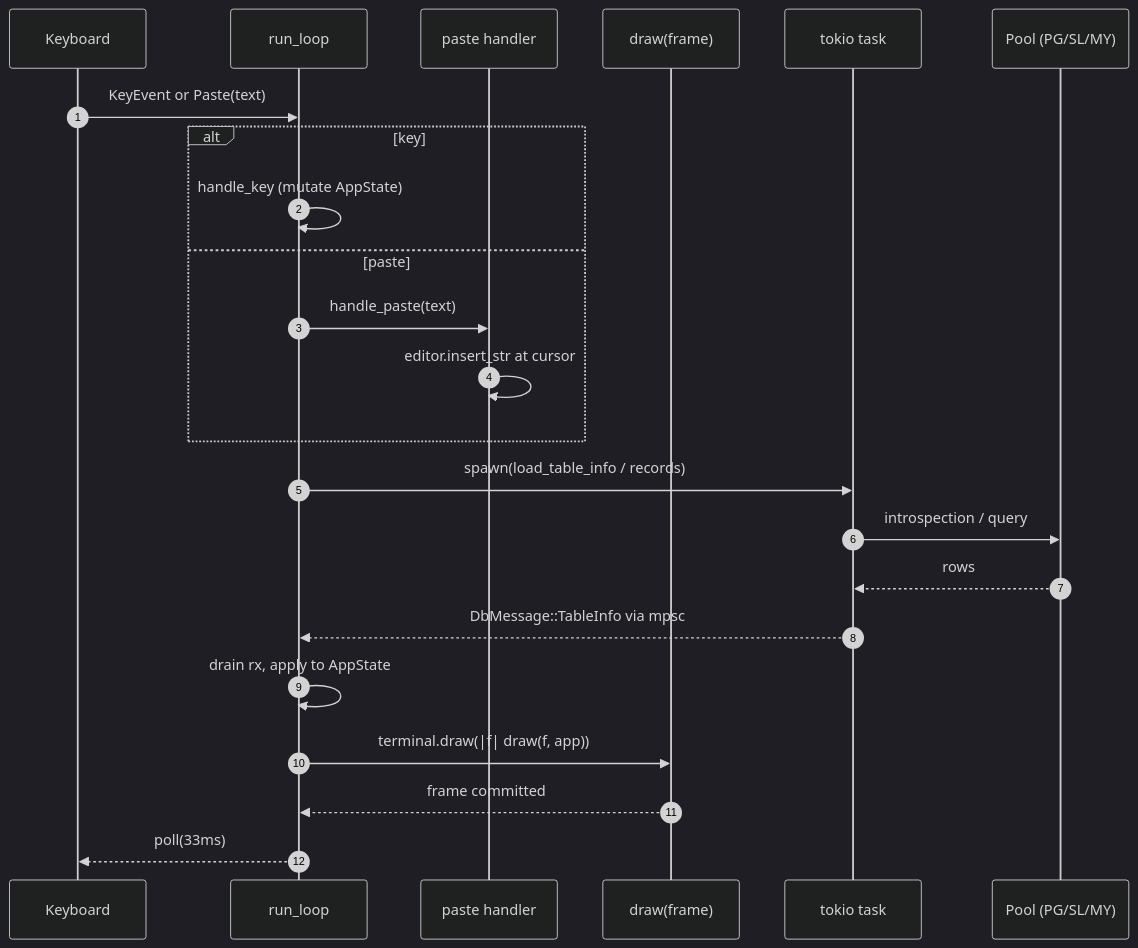
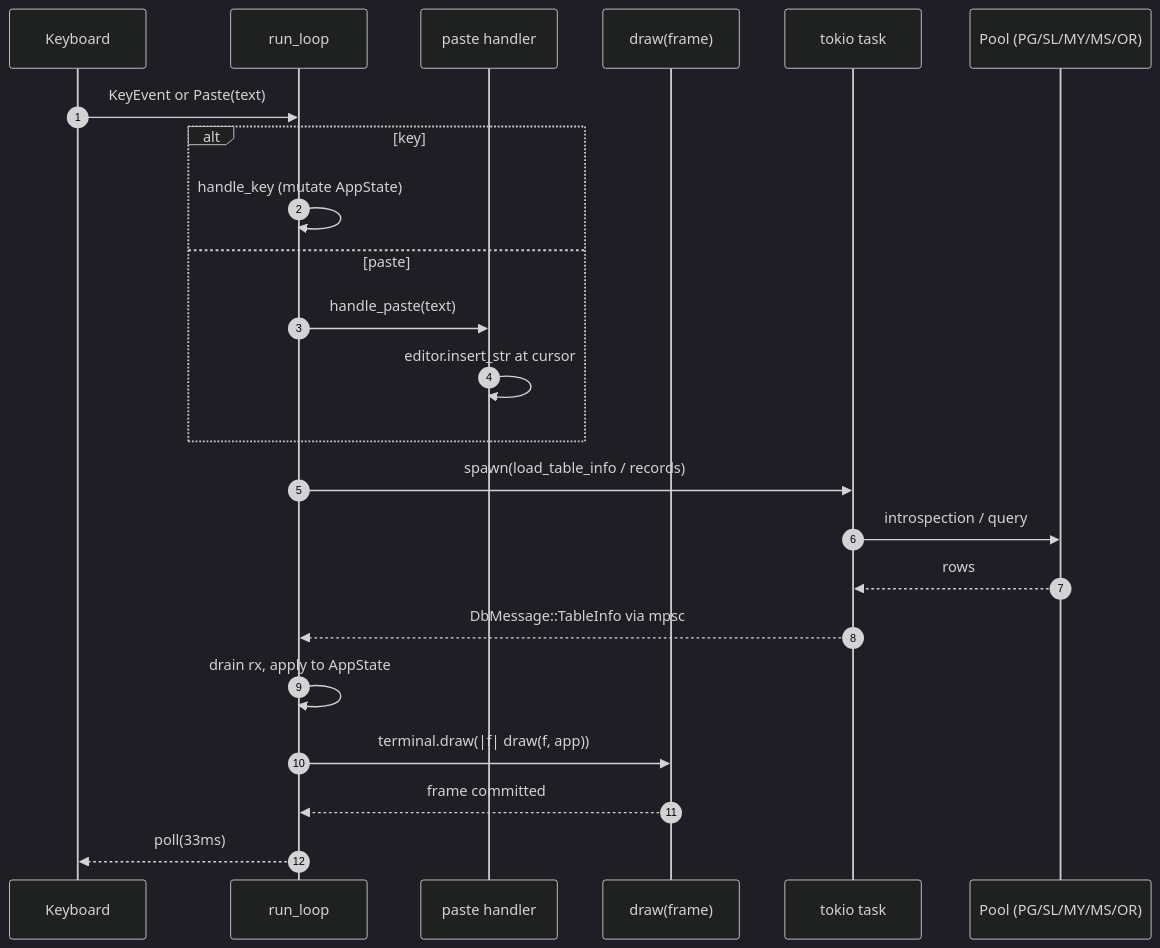
Before and after one commit to nt2311-vn/tsql: the fourth of 7 diagrams in README.md, drawn with Mermaid. The commit also changed other lines of this file, not shown here.

First line of the commit message:
docs(readme): rename TSQL -> TSQLX, fix Driver-matrix mermaid, document MSSQL/Oracle

````diff
--- a/README.md
+++ b/README.md
@@ -160,27 +172,27 @@
 ```mermaid
 %%{init: {"theme": "dark"}}%%
 sequenceDiagram
     autonumber
     participant K as Keyboard
     participant L as run_loop
     participant P as paste handler
     participant U as draw(frame)
     participant T as tokio task
-    participant DB as Pool (PG/SL/MY)
+    participant DB as Pool (PG/SL/MY/MS/OR)
 
     K->>L: KeyEvent or Paste(text)
     alt key
         L->>L: handle_key (mutate AppState)
     else paste
         L->>P: handle_paste(text)
         P->>P: editor.insert_str at cursor
     end
     L->>T: spawn(load_table_info / records)
     T->>DB: introspection / query
     DB-->>T: rows
     T-->>L: DbMessage::TableInfo via mpsc
     L->>L: drain rx, apply to AppState
     L->>U: terminal.draw(|f| draw(f, app))
     U-->>L: frame committed
     L-->>K: poll(33ms)
 ```
````
